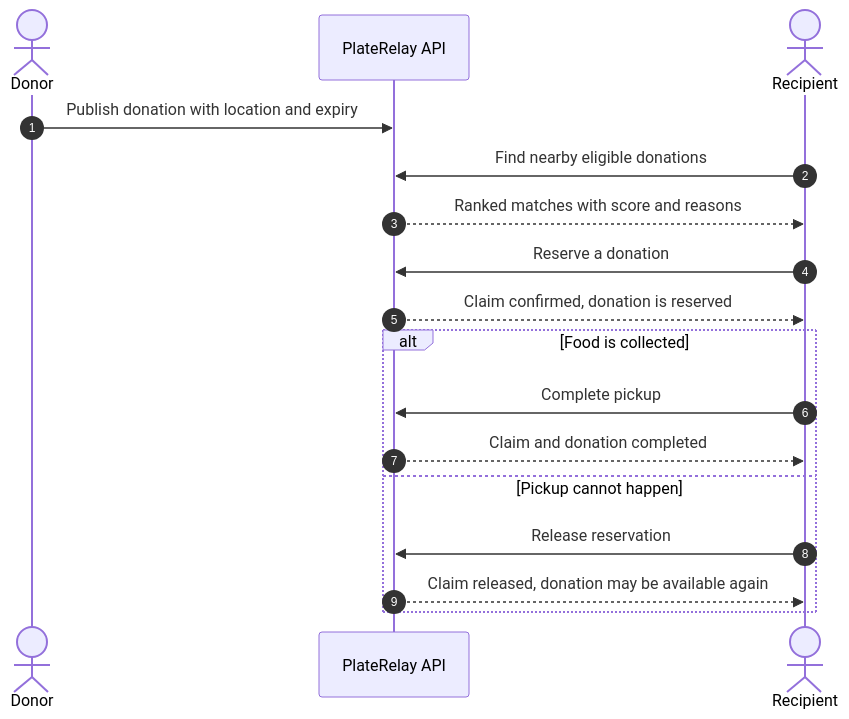
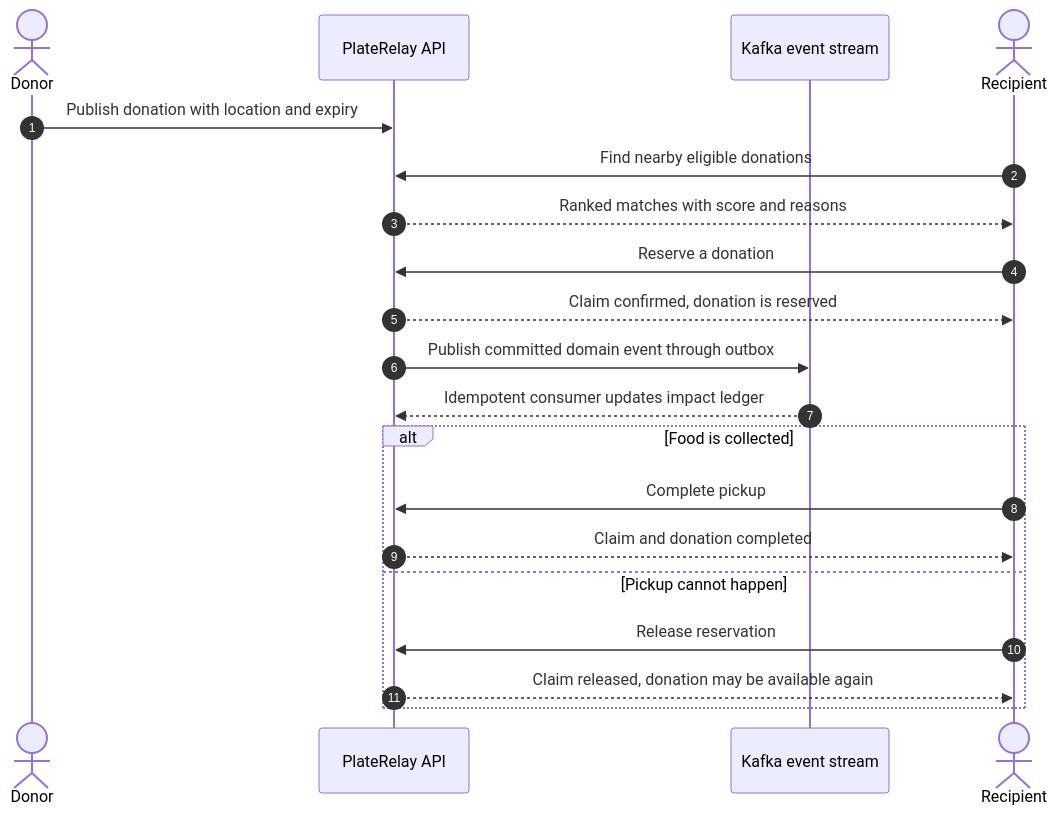
One commit to rohannsaxena2609/platerelay changed the first of 4 diagrams in README.md. Above: the diagram before and after it, drawn with Mermaid. The commit also changed other lines of this file, not shown here.

Commit message:
docs: document event AI and operations workflows

````diff
--- a/README.md
+++ b/README.md
@@ -26,19 +27,22 @@
 ```mermaid
 sequenceDiagram
     autonumber
     actor Donor
     participant API as PlateRelay API
+    participant Kafka as Kafka event stream
     actor Recipient
     Donor->>API: Publish donation with location and expiry
     Recipient->>API: Find nearby eligible donations
     API-->>Recipient: Ranked matches with score and reasons
     Recipient->>API: Reserve a donation
     API-->>Recipient: Claim confirmed, donation is reserved
+    API->>Kafka: Publish committed domain event through outbox
+    Kafka-->>API: Idempotent consumer updates impact ledger
     alt Food is collected
         Recipient->>API: Complete pickup
         API-->>Recipient: Claim and donation completed
     else Pickup cannot happen
         Recipient->>API: Release reservation
         API-->>Recipient: Claim released, donation may be available again
     end
 ```
````
